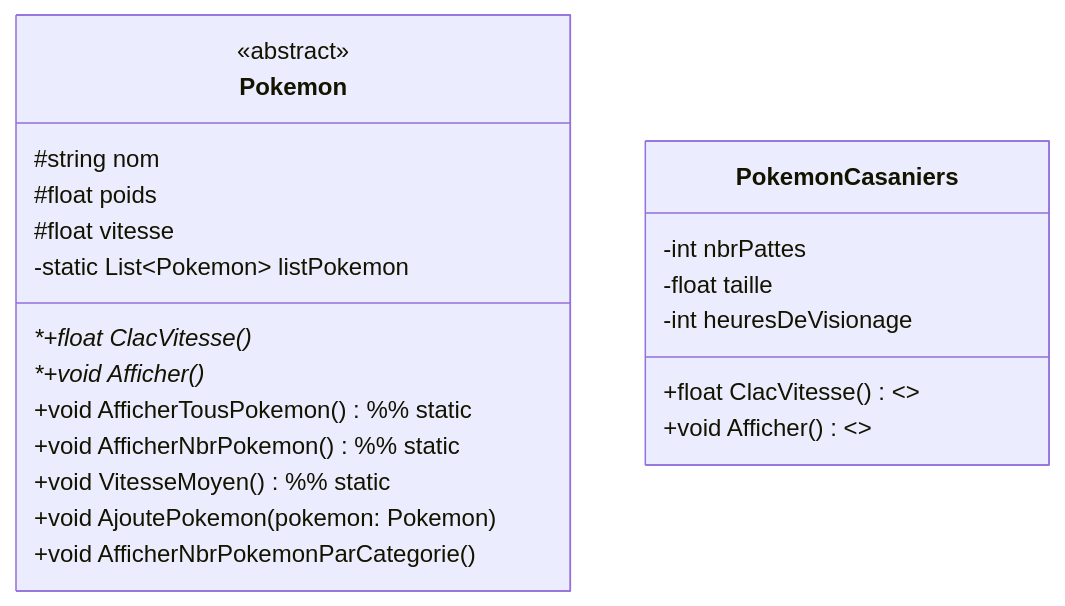
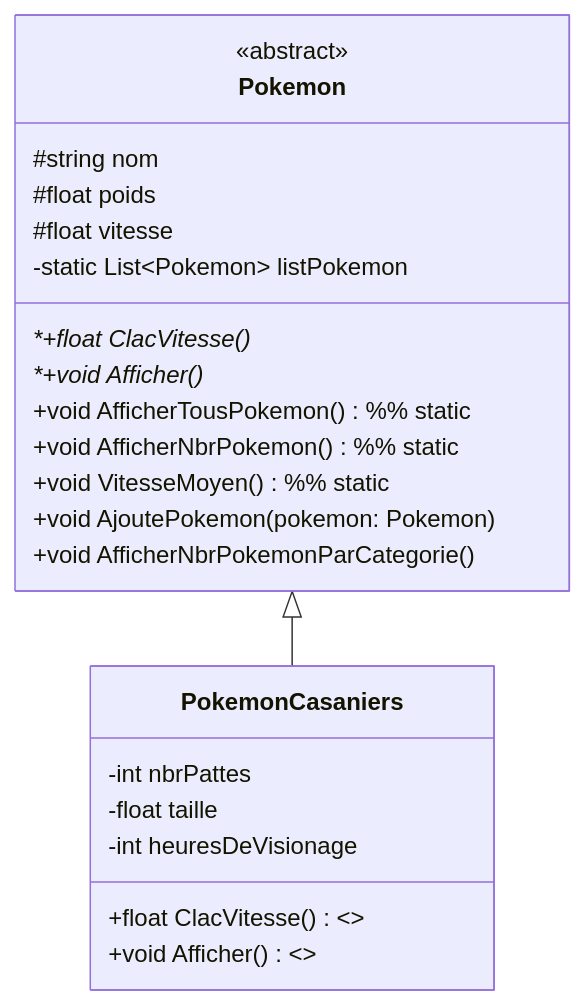
Before and after one commit to Lil-Code30/OOP_TP2: the diagram in uml.md, drawn with Mermaid.

Commit message:
Add inheritance relation to UML diagram
Added an inheritance arrow from Pokemon to PokemonCasaniers in the UML diagram for improved class relationship clarity.

````diff
--- a/uml.md
+++ b/uml.md
@@ -3,28 +3,30 @@
 ```mermaid
 	classDiagram
 		class Pokemon{
 			<<abstract>>
 			#string nom
 			#float poids
 			#float vitesse
 			-static List~Pokemon~ listPokemon
 
 			*+float ClacVitesse()*
 			*+void Afficher()*
 
 			+void AfficherTousPokemon() %% static
 			+void AfficherNbrPokemon() %% static
 			+void VitesseMoyen() %% static
 			+void AjoutePokemon(pokemon: Pokemon)
 			+void AfficherNbrPokemonParCategorie()
 		}
 		
 		class PokemonCasaniers{
 			-int nbrPattes
 			-float taille
 			-int heuresDeVisionage
 
 			+float ClacVitesse() <<override>>
 			+void Afficher() <<override>>
 		}
+
+		Pokemon <|-- PokemonCasaniers
 ```
````
